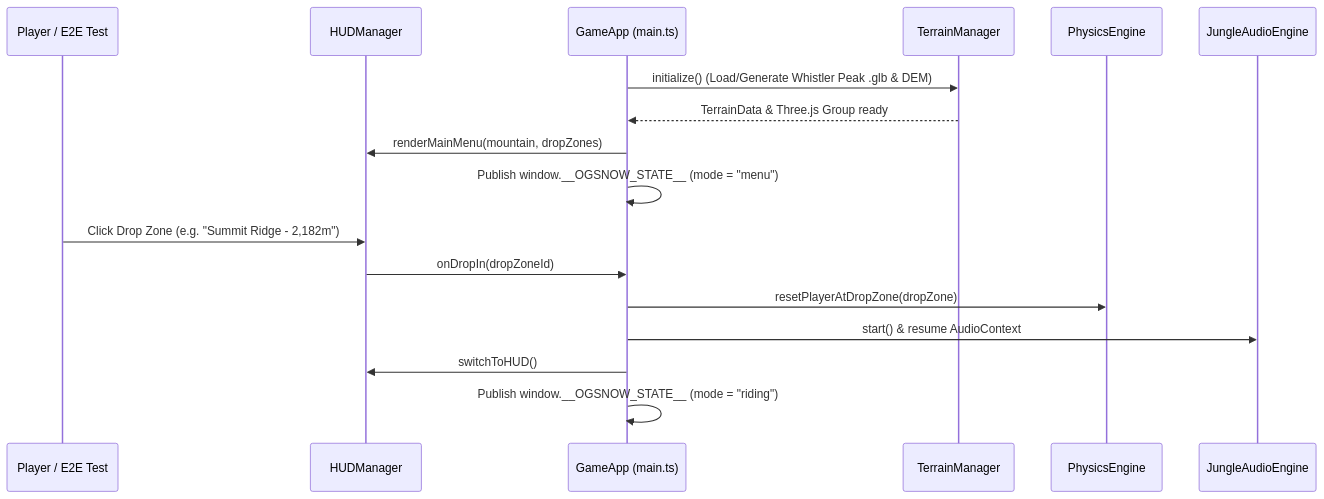
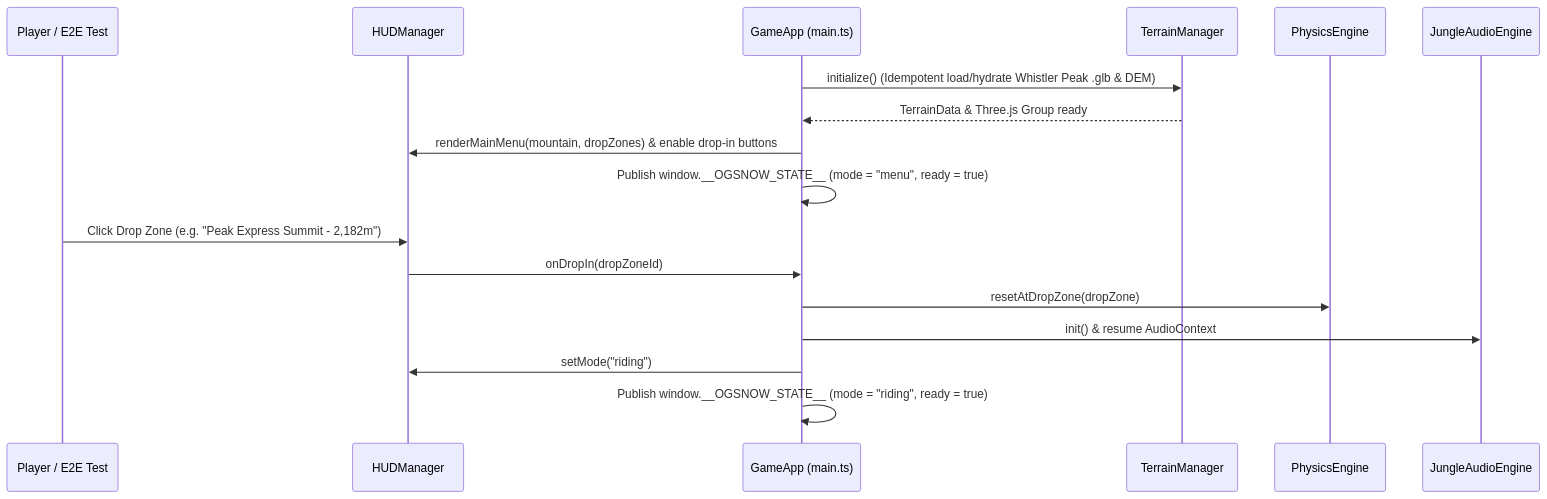
Before and after one commit to reynish/ogsnow: the fourth of 6 diagrams in wiki/architecture.md, drawn with Mermaid. The commit also changed other lines of this file and 10 other files, not shown here.

````diff
--- a/wiki/architecture.md
+++ b/wiki/architecture.md
@@ -125,20 +125,20 @@
 ```mermaid
 sequenceDiagram
     participant User as Player / E2E Test
     participant UI as HUDManager
     participant App as GameApp (main.ts)
     participant Terrain as TerrainManager
     participant Phys as PhysicsEngine
     participant Audio as JungleAudioEngine
 
-    App->>Terrain: initialize() (Load/Generate Whistler Peak .glb & DEM)
+    App->>Terrain: initialize() (Idempotent load/hydrate Whistler Peak .glb & DEM)
     Terrain-->>App: TerrainData & Three.js Group ready
-    App->>UI: renderMainMenu(mountain, dropZones)
-    App->>App: Publish window.__OGSNOW_STATE__ (mode = "menu")
-    User->>UI: Click Drop Zone (e.g. "Summit Ridge - 2,182m")
+    App->>UI: renderMainMenu(mountain, dropZones) & enable drop-in buttons
+    App->>App: Publish window.__OGSNOW_STATE__ (mode = "menu", ready = true)
+    User->>UI: Click Drop Zone (e.g. "Peak Express Summit - 2,182m")
     UI->>App: onDropIn(dropZoneId)
-    App->>Phys: resetPlayerAtDropZone(dropZone)
-    App->>Audio: start() & resume AudioContext
-    App->>UI: switchToHUD()
-    App->>App: Publish window.__OGSNOW_STATE__ (mode = "riding")
+    App->>Phys: resetAtDropZone(dropZone)
+    App->>Audio: init() & resume AudioContext
+    App->>UI: setMode("riding")
+    App->>App: Publish window.__OGSNOW_STATE__ (mode = "riding", ready = true)
 ```
````
